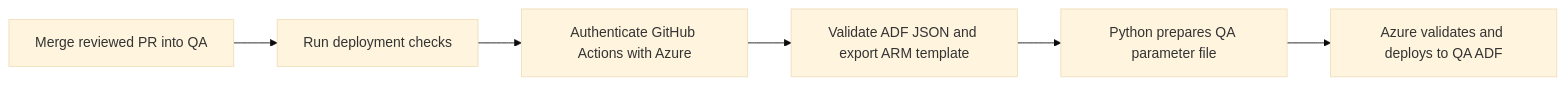
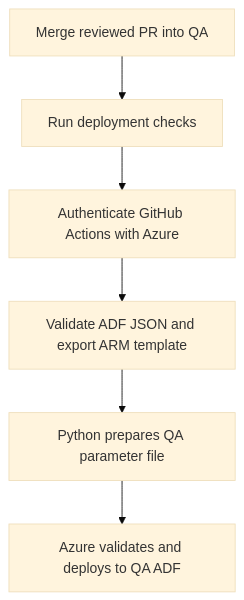
The first of 2 diagrams in docs/PROMOTE_QA_WORKFLOW.md (jignaciogomez/PoC_CGPC), drawn with Mermaid (base theme) before and after one commit.

Commit message:
Make QA workflow summary diagram vertical

````diff
--- a/docs/PROMOTE_QA_WORKFLOW.md
+++ b/docs/PROMOTE_QA_WORKFLOW.md
@@ -5,8 +5,8 @@
 ```mermaid
-flowchart LR
+flowchart TD
     QA[Merge reviewed PR into QA] --> CHECK[Run deployment checks]
     CHECK --> LOGIN[Authenticate GitHub Actions with Azure]
     LOGIN --> EXPORT[Validate ADF JSON and export ARM template]
     EXPORT --> PARAMS[Python prepares QA parameter file]
     PARAMS --> DEPLOY[Azure validates and deploys to QA ADF]
 ```
````
